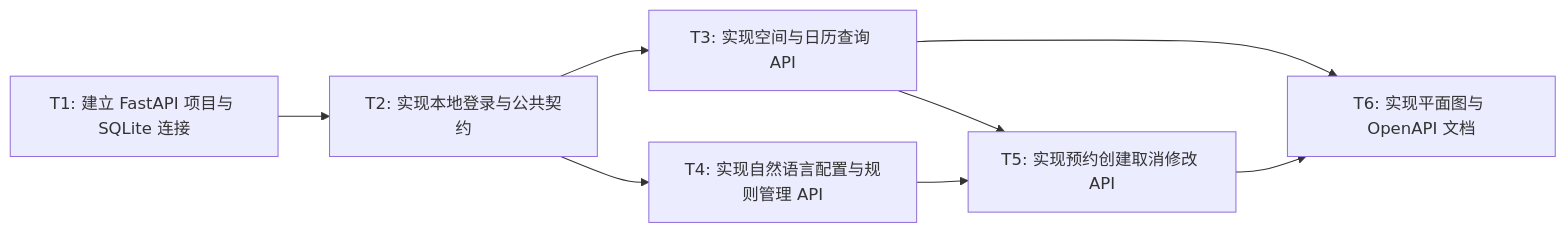
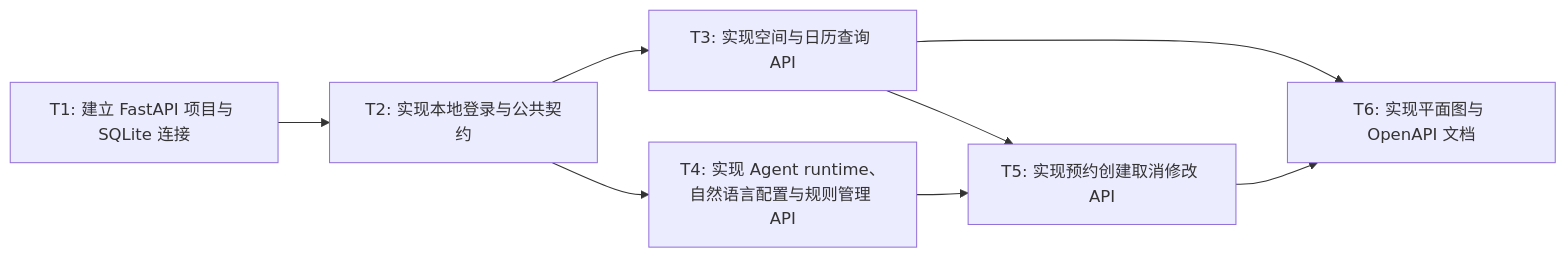
The third of 3 diagrams in docs/rfcs/0002-fastapi-api-agent-contract.md (WN921/north-hackathon-team-8-meeting), drawn with Mermaid before and after one commit. The commit also changed other lines of this file and 3 other files, not shown here.

````diff
--- a/docs/rfcs/0002-fastapi-api-agent-contract.md
+++ b/docs/rfcs/0002-fastapi-api-agent-contract.md
@@ -891,10 +1360,10 @@
 ```mermaid
 graph LR
     T1[T1: 建立 FastAPI 项目与 SQLite 连接] --> T2[T2: 实现本地登录与公共契约]
     T2 --> T3[T3: 实现空间与日历查询 API]
-    T2 --> T4[T4: 实现自然语言配置与规则管理 API]
+    T2 --> T4[T4: 实现 Agent runtime、自然语言配置与规则管理 API]
     T3 --> T5[T5: 实现预约创建取消修改 API]
     T4 --> T5
     T3 --> T6[T6: 实现平面图与 OpenAPI 文档]
     T5 --> T6
 ```
````
